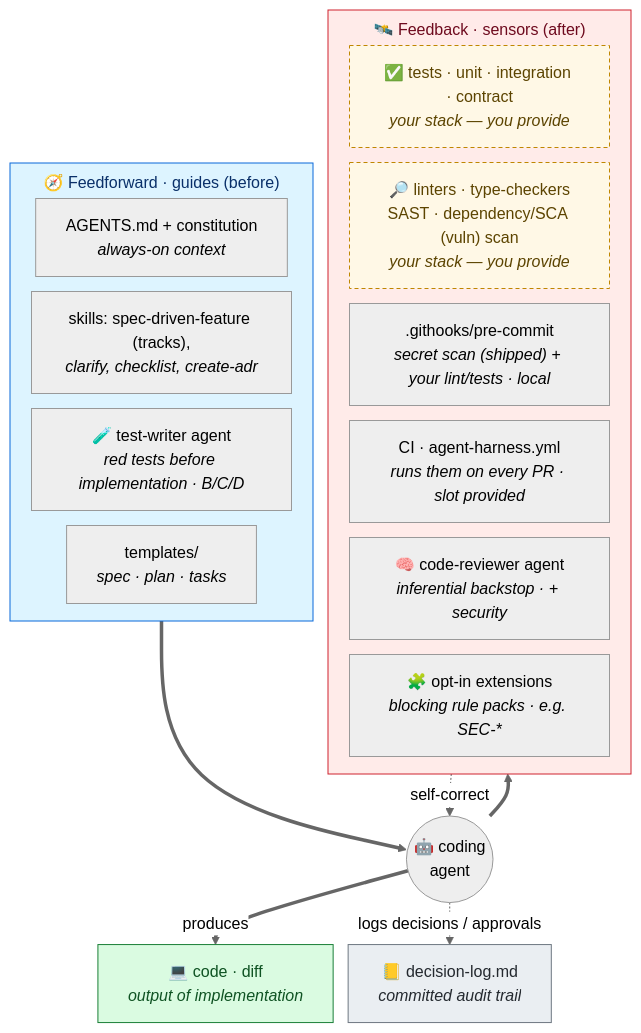
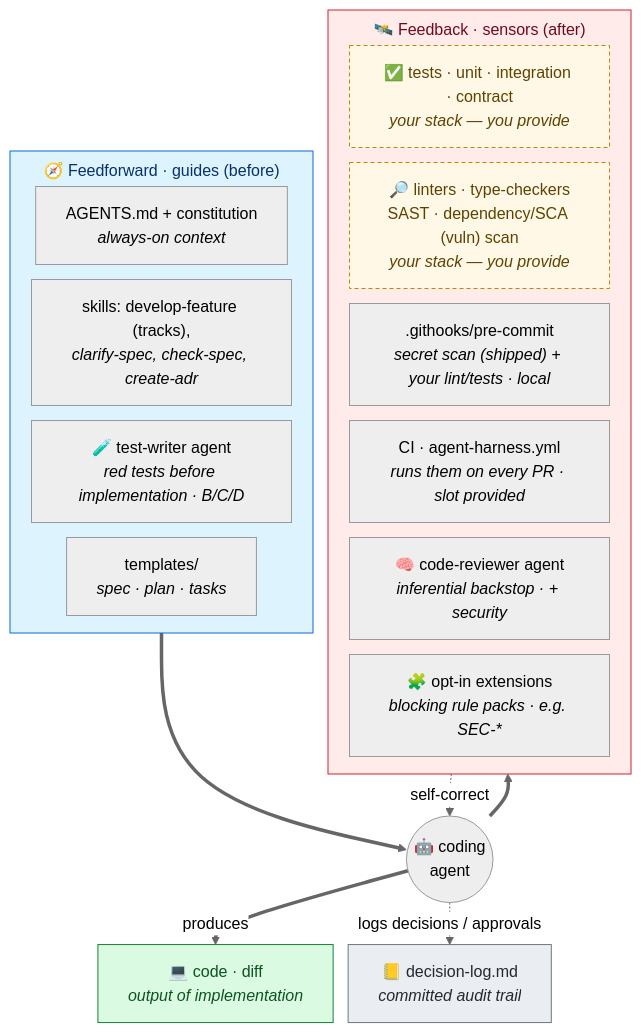
The second of 2 diagrams in README.md (saptarshibasu/spec-driven-development), drawn with Mermaid (neutral theme) before and after one commit. The commit also changed other lines of this file and 99 other files, not shown here.

````diff
--- a/README.md
+++ b/README.md
@@ -91,33 +91,33 @@
 ```mermaid
 %%{init: {'flowchart': {'nodeSpacing': 15, 'rankSpacing': 18, 'subGraphTitleMargin': {'top': 8, 'bottom': 10}}}}%%
 flowchart TB
     subgraph FF["🧭 Feedforward · guides (before)"]
         direction LR
         A["AGENTS.md + constitution<br/><i>always-on context</i>"]
-        SK["skills: spec-driven-feature (tracks),<br/><i>clarify, checklist, create-adr</i>"]
+        SK["skills: develop-feature (tracks),<br/><i>clarify-spec, check-spec, create-adr</i>"]
         TW["🧪 test-writer agent<br/><i>red tests before implementation · B/C/D</i>"]
         TPL["templates/<br/><i>spec · plan · tasks</i>"]
     end
     subgraph FB["🛰️ Feedback · sensors (after)"]
         direction LR
         TS["✅ tests · unit · integration · contract<br/><i>your stack — you provide</i>"]:::byo
         SA["🔎 linters · type-checkers<br/>SAST · dependency/SCA (vuln) scan<br/><i>your stack — you provide</i>"]:::byo
         HK[".githooks/pre-commit<br/><i>secret scan (shipped) + your lint/tests · local</i>"]
         CI["CI · agent-harness.yml<br/><i>runs them on every PR · slot provided</i>"]
         AG["🧠 code-reviewer agent<br/><i>inferential backstop · + security</i>"]
         EX["🧩 opt-in extensions<br/><i>blocking rule packs · e.g. SEC-*</i>"]
     end
     FF ==> AGENT(("🤖 coding<br/>agent"))
     AGENT ==> FB
     AGENT ==>|produces| CODE["💻 code · diff<br/><i>output of implementation</i>"]:::out
     FB -. self-correct .-> AGENT
     AGENT -. logs decisions / approvals .-> DL2["📒 decision-log.md<br/><i>committed audit trail</i>"]:::cont
 
     classDef ff fill:#ddf4ff,stroke:#0969da,color:#0a3069
     classDef fb fill:#ffebe9,stroke:#cf222e,color:#6e0a1e
     classDef cont fill:#eaeef2,stroke:#6e7781,color:#24292f
     classDef byo fill:#fff8e6,stroke:#bf8700,color:#5c4400,stroke-dasharray:4 3
     classDef out fill:#dafbe1,stroke:#1a7f37,color:#0f5323
     class FF ff
     class FB fb
 ```
````
